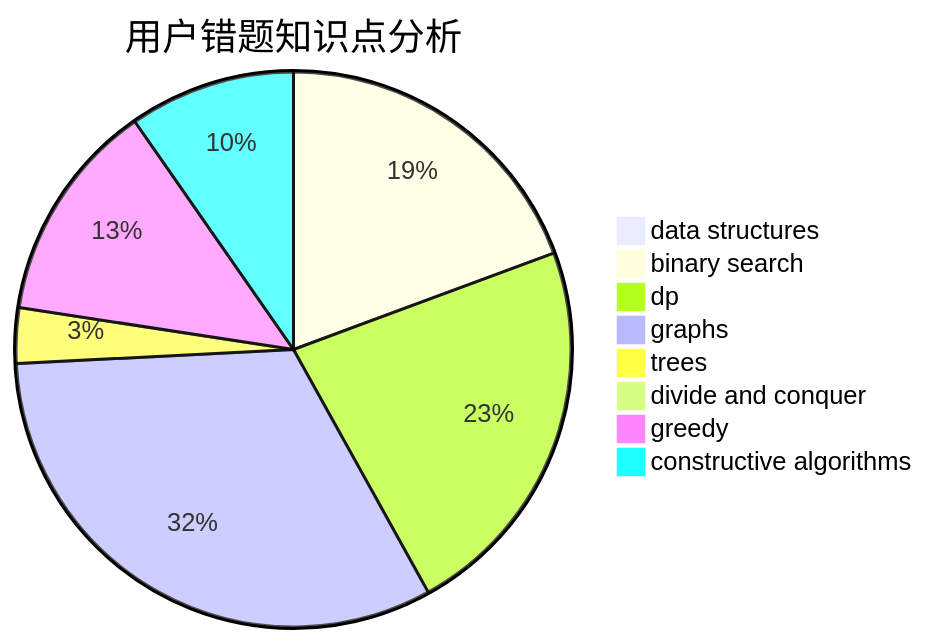
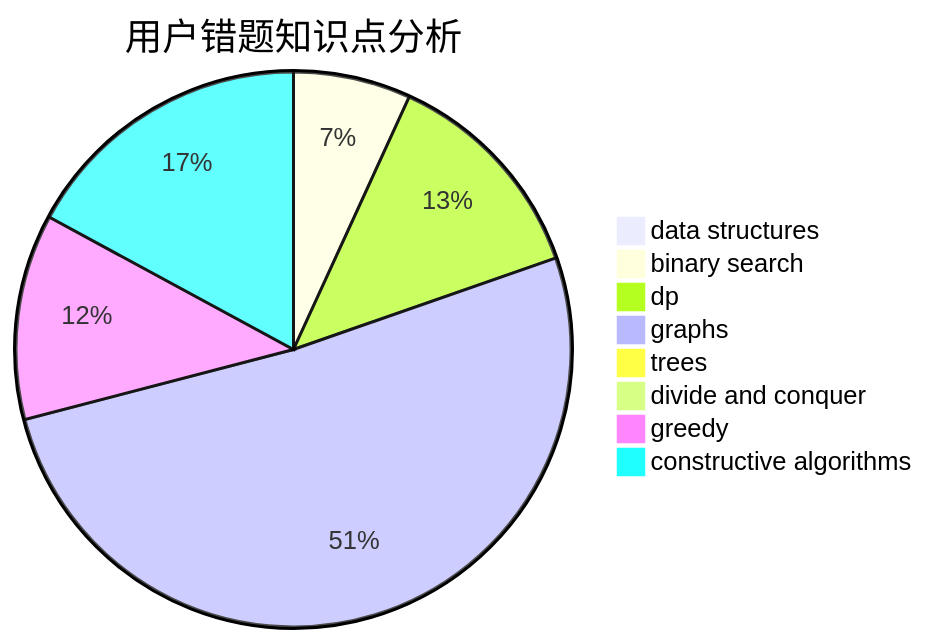
The third of 3 diagrams in docs/user/u2276.md (sherpahu/cfrs.github.io), drawn with Mermaid before and after one commit. The commit also changed other lines of this file and 2770 other files, not shown here.

````diff
--- a/docs/user/u2276.md
+++ b/docs/user/u2276.md
@@ -36,11 +36,11 @@
 ```mermaid
 pie title 用户错题知识点分析
     "data structures" :  0
-    "binary search" :  6
-    "dp" :  7
-    "graphs" :  10
+    "binary search" :  8
+    "dp" :  15
+    "graphs" :  60
     "trees" :  1
     "divide and conquer" :  0
-    "greedy" :  4
-    "constructive algorithms" :  3
+    "greedy" :  14
+    "constructive algorithms" :  20
 ```
````
